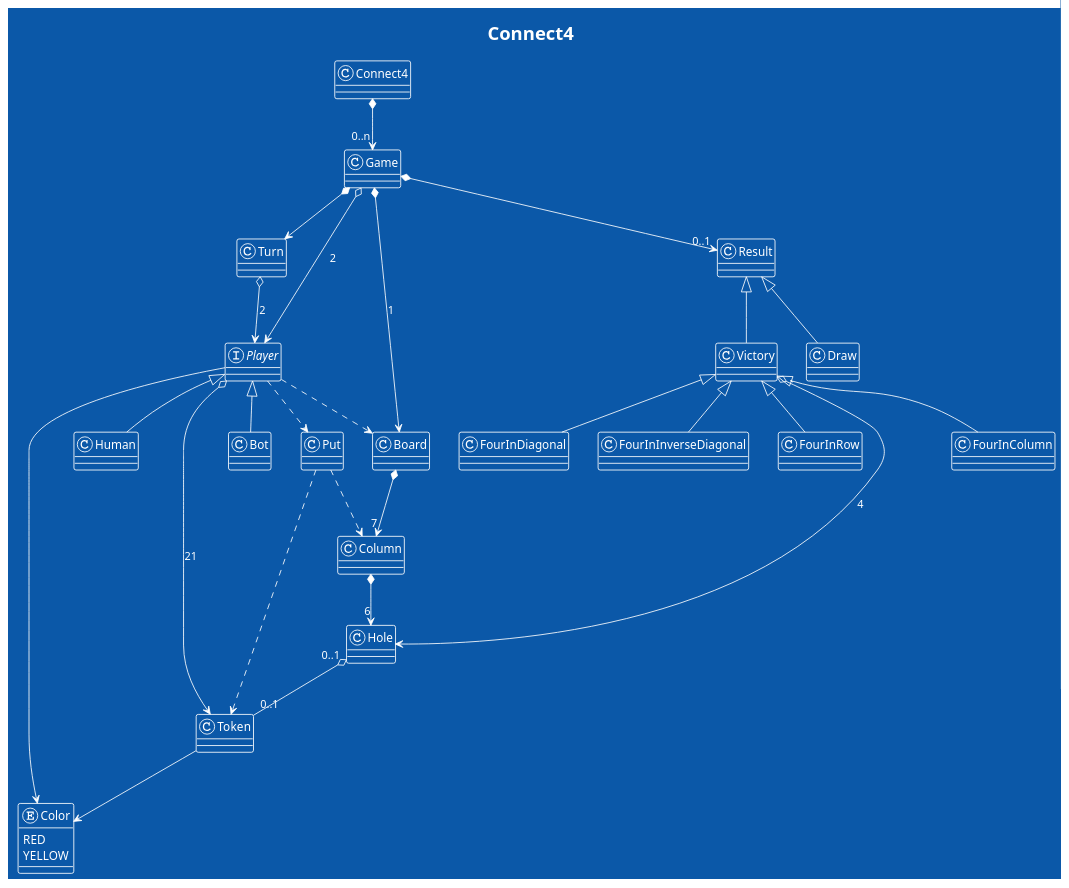
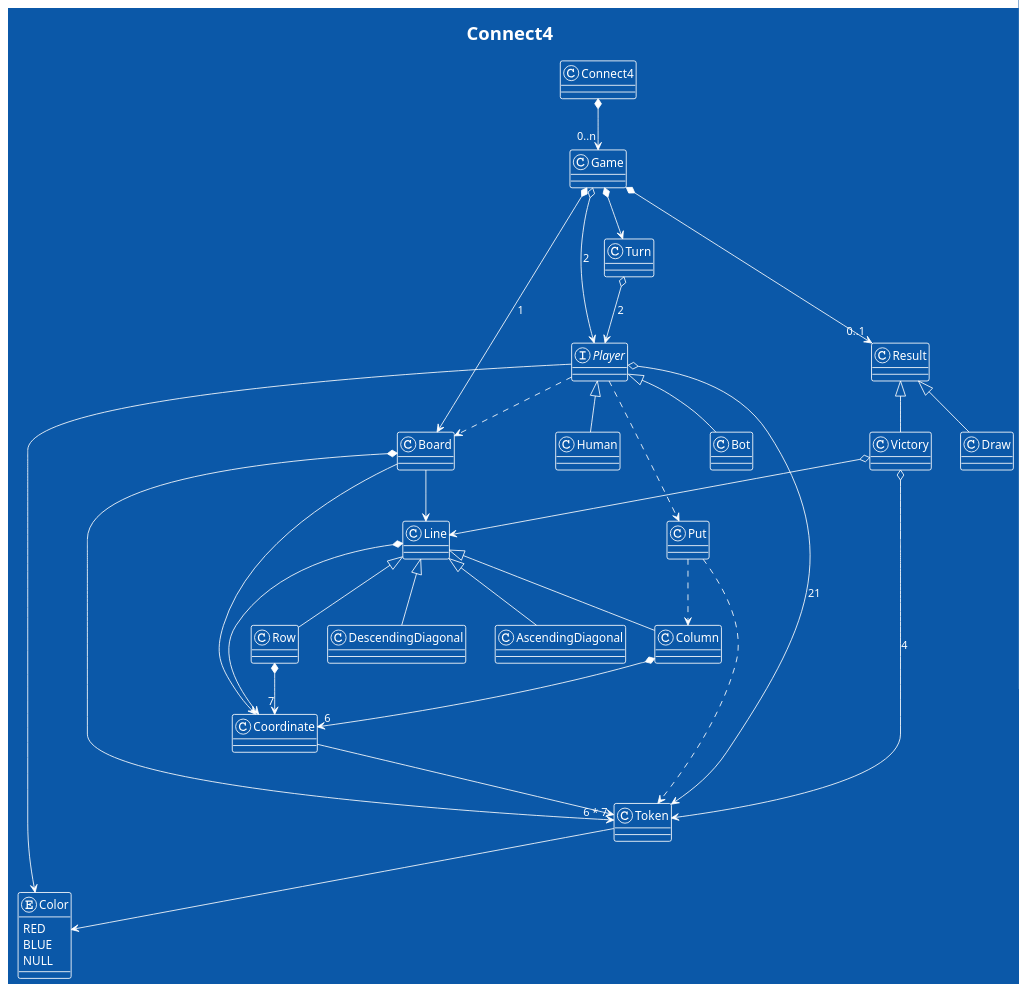
One commit to MarioRP-01/connect-four changed the diagram in docs/model-diagram.plantuml. Above: the diagram before and after it, drawn with PlantUML. The commit also changed 1 other file, not shown here.

Commit message:
Create new version of model-diagram
Remove different types of wins and add coordinates and lines. Add new
color null

```diff
--- a/docs/model-diagram.plantuml
+++ b/docs/model-diagram.plantuml
@@ -1,68 +1,78 @@
 @startuml
 !theme amiga
 
 skin rose
 
 title Connect4
 
 class Connect4
 class Game
 interface Player
 class Bot
 class Human
 class Board
-class Hole
+class Coordinate
+class Line
+class Row
+class Column
+class AscendingDiagonal
+class DescendingDiagonal
 class Turn
 class Token
-class Column
 class Put
+
+
 
 class Result
 class Draw
 class Victory
-class FourInRow
-class FourInColumn
-class FourInDiagonal
-class FourInInverseDiagonal
 
 Connect4 *--> "0..n" Game
 
 Result <|-- Victory
 Result <|-- Draw
 
-Victory o--> Hole : 4
+Victory o--> Token : 4
 
-Victory <|-- FourInRow
-Victory <|-- FourInColumn
-Victory <|-- FourInDiagonal
-Victory <|-- FourInInverseDiagonal
+Victory o--> Line
 
 Put ..> Column
 Put ..> Token
 
-Hole "0..1" o-- "0..1" Token
+Coordinate --> Token
 
 Game *--> "0..1" Result
 Game *--> Board : 1
 Game *--> Turn
 Game o--> Player : 2
 
-Board *--> "7" Column
-Column *--> "6" Hole
+Board *--> "6 * 7" Token
+Board --> Coordinate
+Line *-->  Coordinate
+
+Board --> Line
+Line <|-- Row
+Line <|-- Column
+Line <|-- AscendingDiagonal
+Line <|-- DescendingDiagonal
+
+Row *--> "7" Coordinate
+Column *--> "6" Coordinate
 
 Player ..> Board
 Player ..> Put
 Player o--> Token : 21
 Player --> Color
 Player <|-- Bot
 Player <|-- Human
 
 Turn o--> Player : 2
 Token --> Color
 
 enum Color {
   RED
-  YELLOW
+  BLUE
+  NULL
 }
 
 @enduml
```
